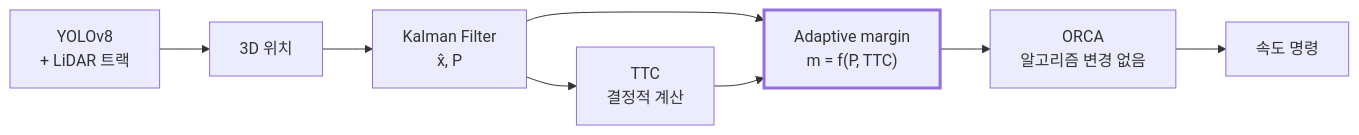
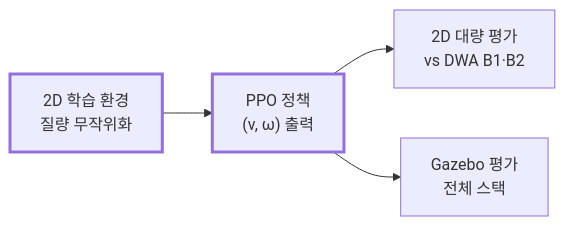
Before and after one commit to 5verflow-sogang/amr-fleet-system: the diagram in docs/project-spec.md, drawn with Mermaid. The commit also changed other lines of this file, not shown here.

````diff
--- a/docs/project-spec.md
+++ b/docs/project-spec.md
@@ -226,11 +223,8 @@
 ```mermaid
 flowchart LR
-  A[YOLOv8<br/>+ LiDAR 트랙] --> B[3D 위치]
-  B --> C["Kalman Filter<br/>x̂, P"]
-  C --> D[TTC<br/>결정적 계산]
-  C --> M
-  D --> M["Adaptive margin<br/>m = f(P, TTC)"]
-  M --> E[ORCA<br/>알고리즘 변경 없음]
-  E --> F[속도 명령]
-  style M stroke-width:3px
+  A["2D 학습 환경<br/>질량 무작위화"] --> B["PPO 정책<br/>(v, ω) 출력"]
+  B --> C["2D 대량 평가<br/>vs DWA B1·B2"]
+  B --> D["Gazebo 평가<br/>전체 스택"]
+  style A stroke-width:3px
+  style B stroke-width:3px
 ```
````
